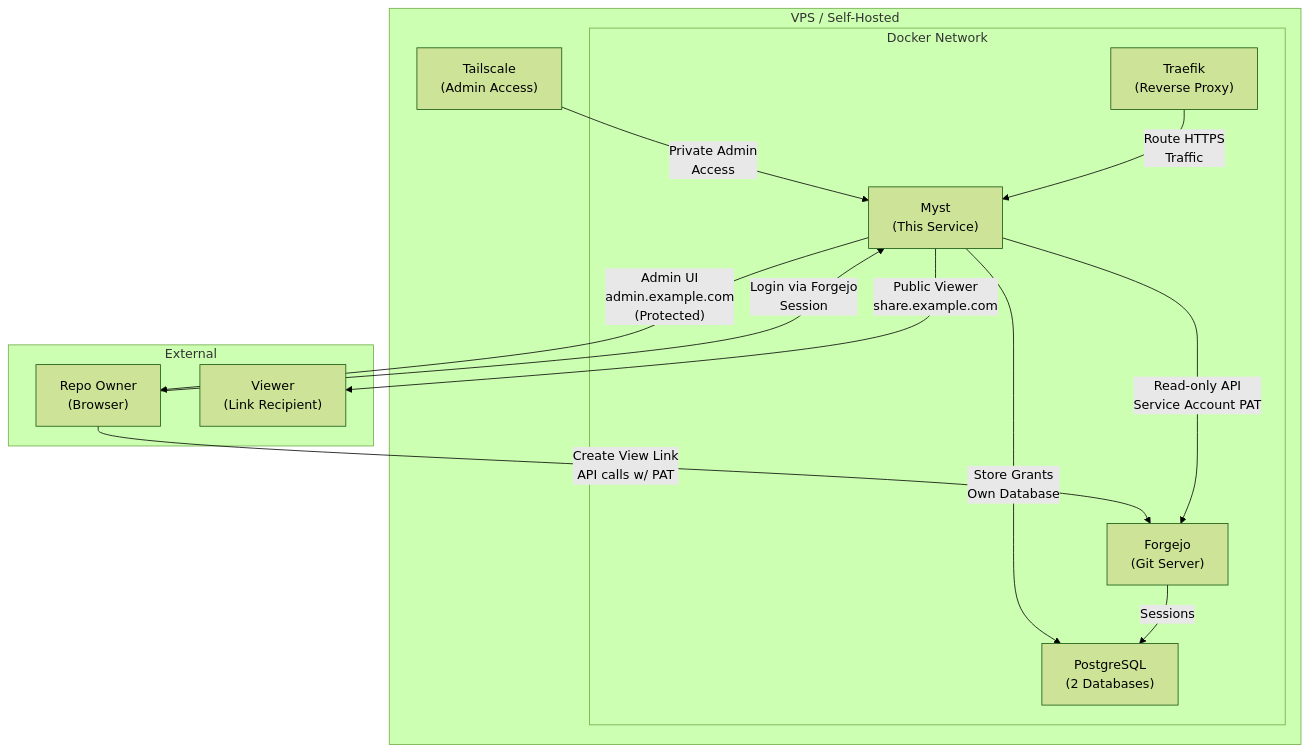
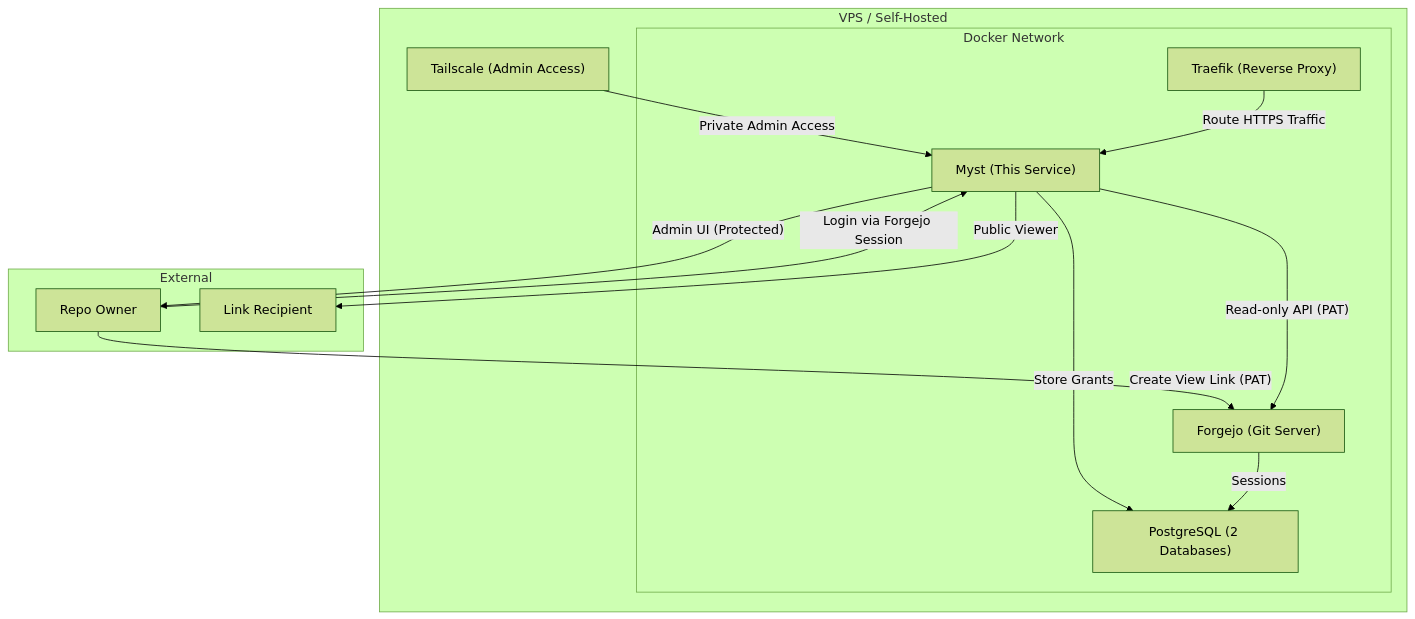
The diagram in README.md (ZTatman/embargo), drawn with Mermaid (forest theme) before and after one commit. The commit also changed other lines of this file, not shown here.

First line of the commit message:
refactor: streamline README per create-readme skill guidelines

````diff
--- a/README.md
+++ b/README.md
@@ -9,30 +9,27 @@
 ```mermaid
 flowchart TB
     subgraph VPS["VPS / Self-Hosted"]
         subgraph Docker["Docker Network"]
-            Forgejo["Forgejo<br/>(Git Server)"]
-            Postgres["PostgreSQL<br/>(2 Databases)"]
-            Myst["Myst<br/>(This Service)"]
-            Traefik["Traefik<br/>(Reverse Proxy)"]
+            Forgejo["Forgejo (Git Server)"]
+            Postgres["PostgreSQL (2 Databases)"]
+            Myst["Myst (This Service)"]
+            Traefik["Traefik (Reverse Proxy)"]
         end
-
-        Tailscale["Tailscale<br/>(Admin Access)"]
+        Tailscale["Tailscale (Admin Access)"]
     end
 
     subgraph External["External"]
-        Owner["Repo Owner<br/>(Browser)"]
-        Viewer["Viewer<br/>(Link Recipient)"]
+        Owner["Repo Owner"]
+        Viewer["Link Recipient"]
     end
 
-    Owner -->|"Login via Forgejo<br/>Session"| Myst
-    Owner -->|"Create View Link<br/>API calls w/ PAT"| Forgejo
-    Myst -->|"Read-only API<br/>Service Account PAT"| Forgejo
-    Myst -->|"Store Grants<br/>Own Database"| Postgres
+    Owner -->|"Login via Forgejo Session"| Myst
+    Owner -->|"Create View Link (PAT)"| Forgejo
+    Myst -->|"Read-only API (PAT)"| Forgejo
+    Myst -->|"Store Grants"| Postgres
     Forgejo -->|"Sessions"| Postgres
-
-    Myst -->|"Public Viewer<br/>share.example.com"| Viewer
-    Myst -->|"Admin UI<br/>admin.example.com<br/>(Protected)"| Owner
-
-    Tailscale -->|"Private Admin<br/>Access"| Myst
-    Traefik -->|"Route HTTPS<br/>Traffic"| Myst
+    Myst -->|"Public Viewer"| Viewer
+    Myst -->|"Admin UI (Protected)"| Owner
+    Tailscale -->|"Private Admin Access"| Myst
+    Traefik -->|"Route HTTPS Traffic"| Myst
 ```
````
